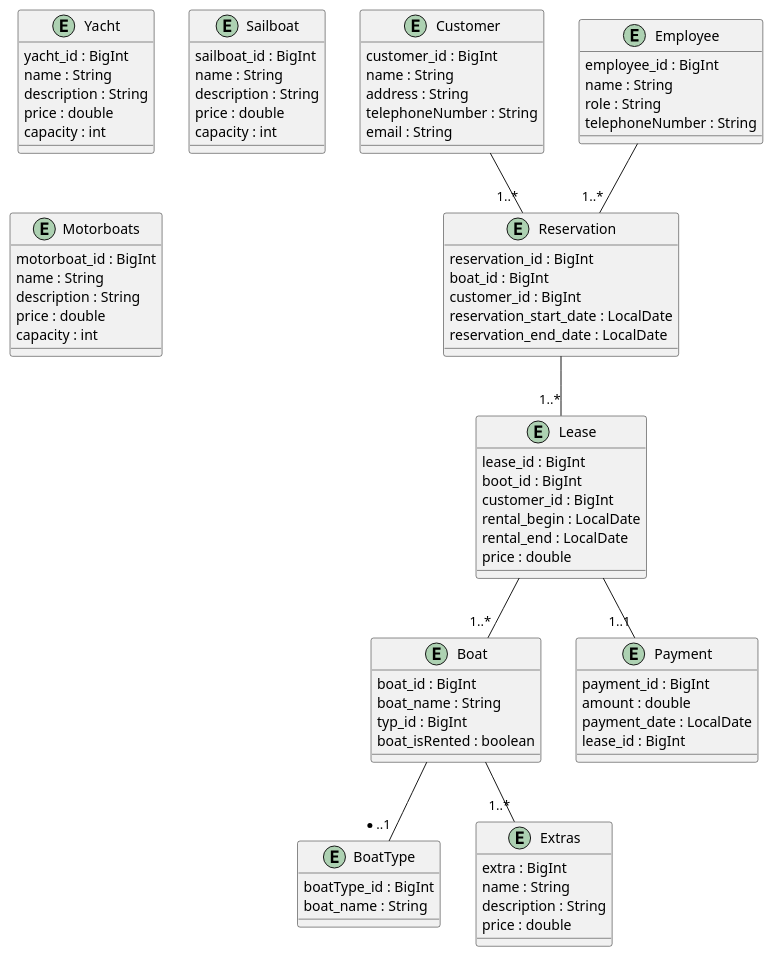
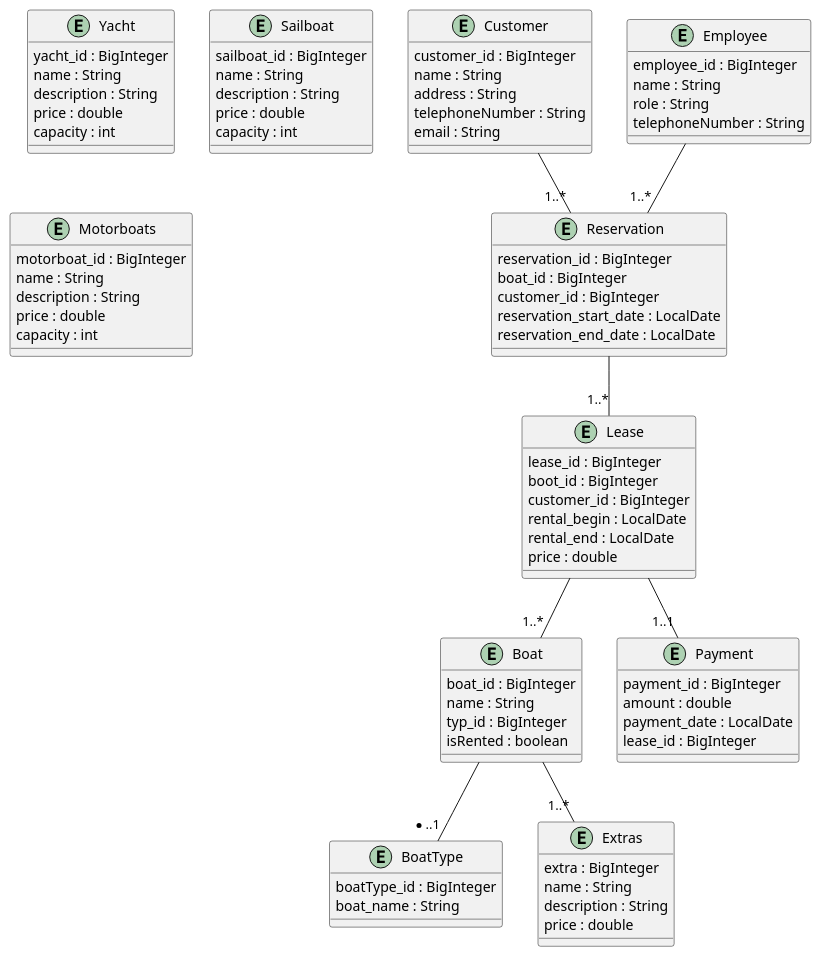
Before and after one commit to 2425-4bhitm-insy/jpa-project-v2-boat-rental: the diagram in boat-rental/puml/boat-rental.puml, drawn with PlantUML.

Commit message:
fix: data types in boat-rental.puml

```diff
--- a/boat-rental/puml/boat-rental.puml
+++ b/boat-rental/puml/boat-rental.puml
@@ -1,101 +1,101 @@
 @startuml
 entity Boat {
-    boat_id : BigInt
-    boat_name : String
-    typ_id : BigInt
-    boat_isRented : boolean
+    boat_id : BigInteger
+    name : String
+    typ_id : BigInteger
+    isRented : boolean
 }
 
 entity Customer {
-    customer_id : BigInt
+    customer_id : BigInteger
     name : String
     address : String
     telephoneNumber : String
     email : String
 }
 
 entity Lease {
-    lease_id : BigInt
-    boot_id : BigInt
-    customer_id : BigInt
+    lease_id : BigInteger
+    boot_id : BigInteger
+    customer_id : BigInteger
     rental_begin : LocalDate
     rental_end : LocalDate
     price : double
 }
 
 entity Payment {
-    payment_id : BigInt
+    payment_id : BigInteger
     amount : double
     payment_date : LocalDate
-    lease_id : BigInt
+    lease_id : BigInteger
 }
 
 entity Employee {
-    employee_id : BigInt
+    employee_id : BigInteger
     name : String
     role : String
     telephoneNumber : String
 }
 
 entity Reservation {
-    reservation_id : BigInt
-    boat_id : BigInt
-    customer_id : BigInt
+    reservation_id : BigInteger
+    boat_id : BigInteger
+    customer_id : BigInteger
     reservation_start_date : LocalDate
     reservation_end_date : LocalDate
 }
 
 entity BoatType {
-    boatType_id : BigInt
+    boatType_id : BigInteger
     boat_name : String
 }
 
 entity Extras {
-    extra : BigInt
+    extra : BigInteger
     name : String
     description : String
     price : double
 }
 
 entity Yacht {
-    yacht_id : BigInt
+    yacht_id : BigInteger
     name : String
     description : String
     price : double
     capacity : int
 }
 
 entity Sailboat {
-    sailboat_id : BigInt
+    sailboat_id : BigInteger
     name : String
     description : String
     price : double
     capacity : int
 }
 
 entity Motorboats {
-    motorboat_id : BigInt
+    motorboat_id : BigInteger
     name : String
     description : String
     price : double
     capacity : int
 }
 
 
 ' Beziehungen
 
 Customer -- "1..*" Reservation
 Employee -- "1..*" Reservation
 
 Reservation -- "1..*" Lease
 Lease -- "1..1" Payment
 
 Lease -- "1..*" Boat
 
 Boat -- "*..1" BoatType
 Boat -- "1..*" Extras
 
 
 
 
 @enduml
```
